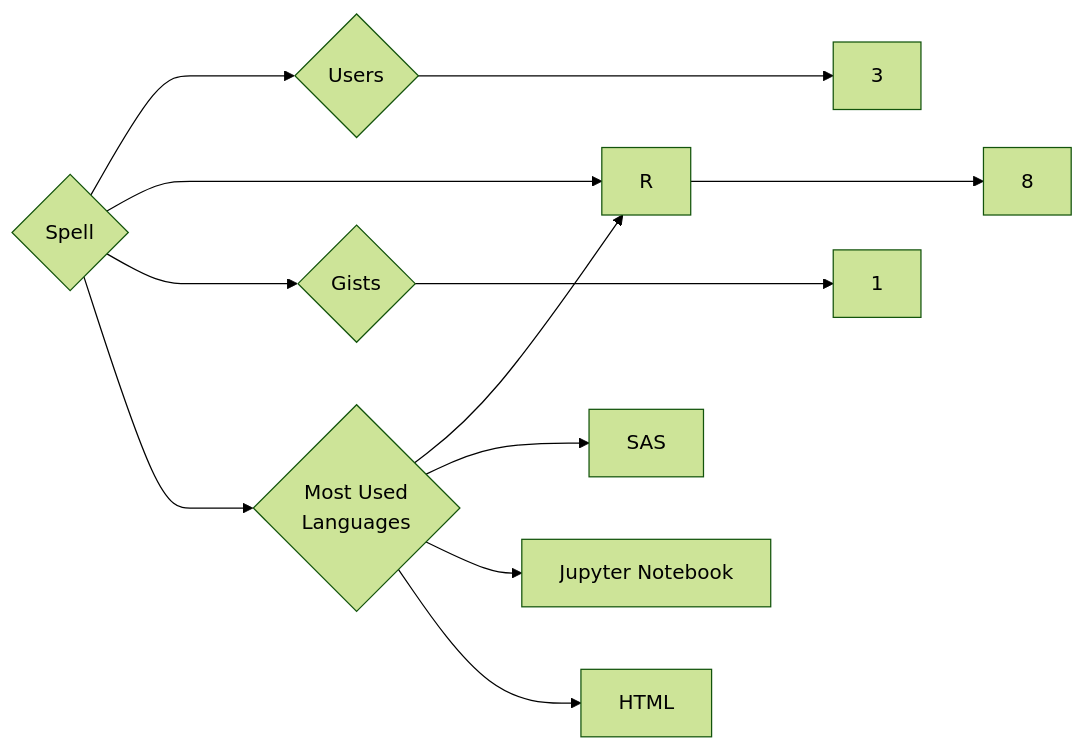
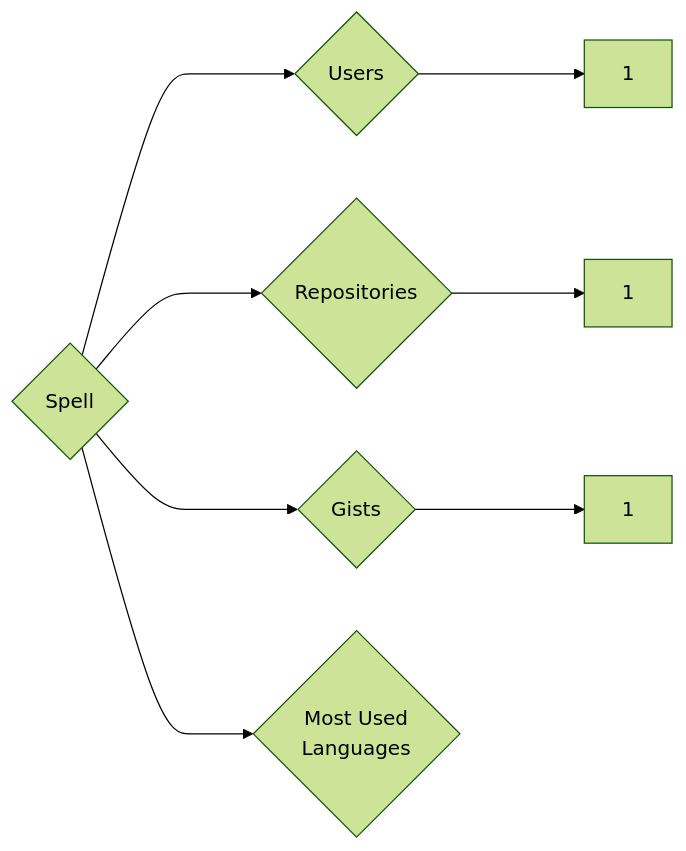
One commit to trickest/insiders changed the diagram in targets/Spell/README.md. Above: the diagram before and after it, drawn with Mermaid (forest theme). The commit also changed 534 other files, not shown here.

````diff
--- a/targets/Spell/README.md
+++ b/targets/Spell/README.md
@@ -3,12 +3,8 @@
 ```mermaid
 graph LR
 COMPANY_NAME{Spell}
-COMPANY_NAME ---> U{Users} ---> UN[3]
-COMPANY_NAME ---> R{Repositories} ---> RN[8]
+COMPANY_NAME ---> U{Users} ---> UN[1]
+COMPANY_NAME ---> R{Repositories} ---> RN[1]
 COMPANY_NAME ---> G{Gists} ---> GN[1]
 COMPANY_NAME ---> ML{Most Used<br>Languages}
-ML --> R[R]
-ML --> SAS[SAS]
-ML --> Jupyter_Notebook[Jupyter Notebook]
-ML --> HTML[HTML]
 ```
````
